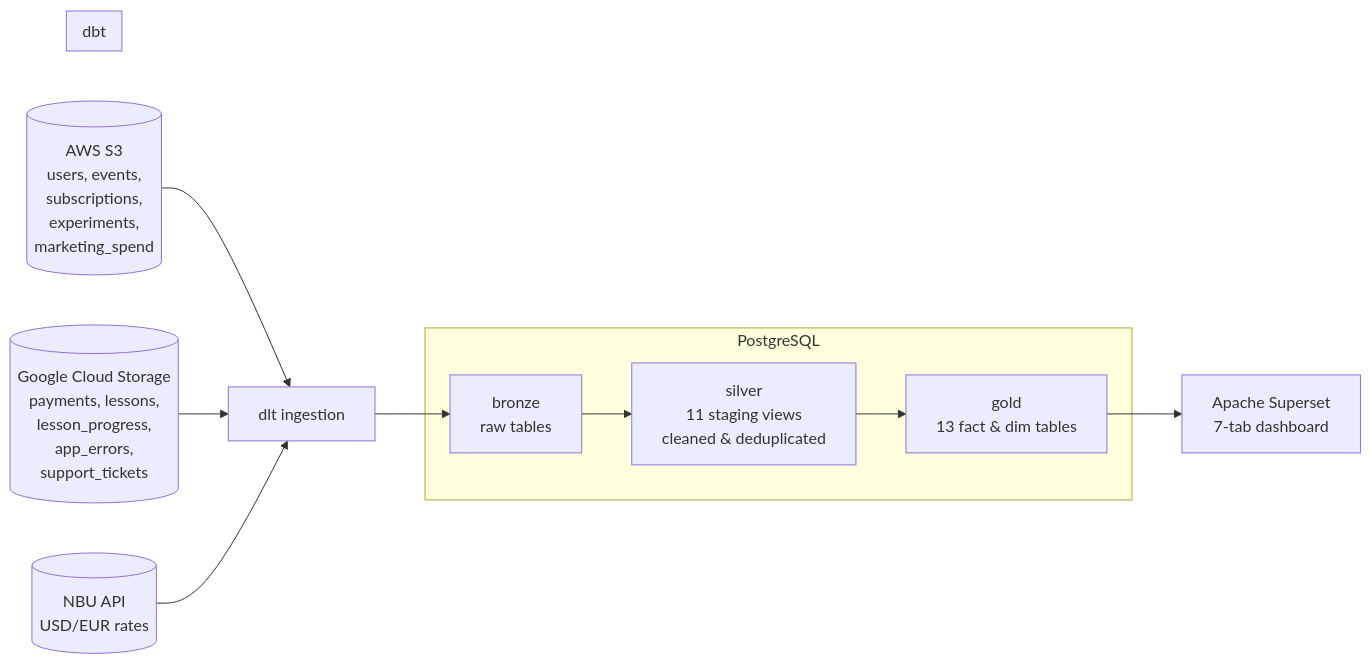
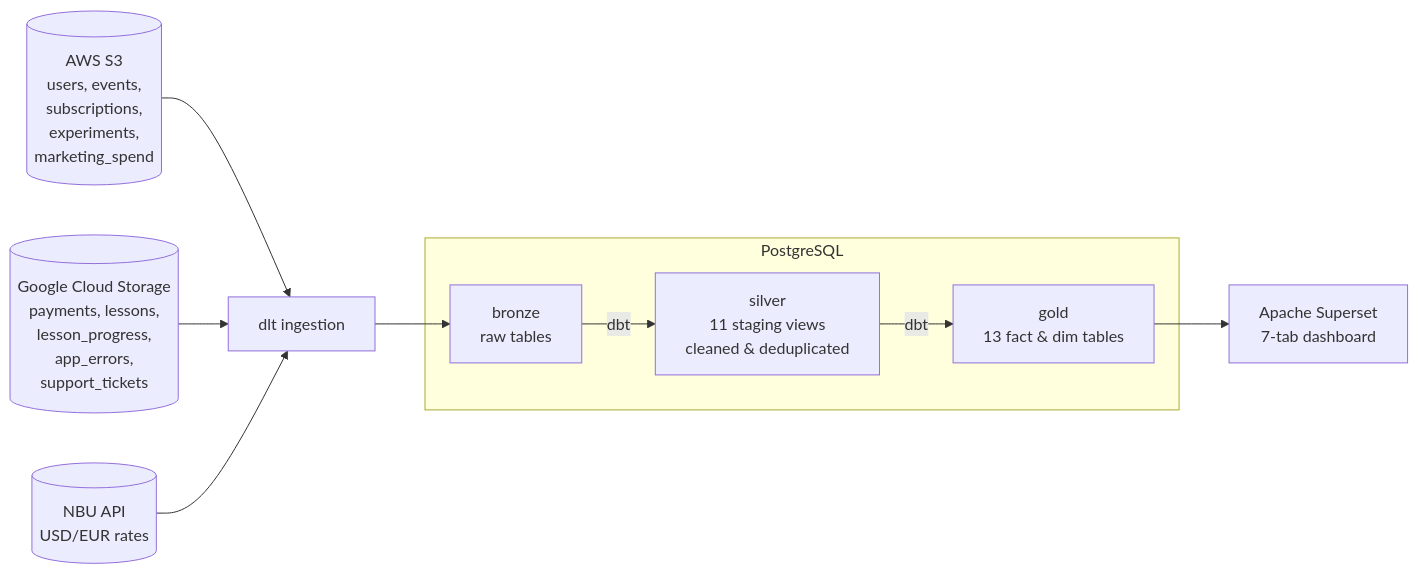
Before and after one commit to Daria-Baranova/skillflow-analytics-pipeline: the diagram in README.md, drawn with Mermaid.

Commit message:
docs: fix architecture diagram

````diff
--- a/README.md
+++ b/README.md
@@ -14,19 +14,16 @@
 ```mermaid
 flowchart LR
     S3[(AWS S3<br/>users, events,<br/>subscriptions,<br/>experiments,<br/>marketing_spend)] --> DLT
     GCS[(Google Cloud Storage<br/>payments, lessons,<br/>lesson_progress,<br/>app_errors,<br/>support_tickets)] --> DLT
     NBU[(NBU API<br/>USD/EUR rates)] --> DLT
     DLT[dlt ingestion] --> BRONZE[bronze<br/>raw tables]
-    BRONZE --> SILVER[silver<br/>11 staging views<br/>cleaned & deduplicated]
-    SILVER --> GOLD[gold<br/>13 fact & dim tables]
+    BRONZE -->|dbt| SILVER[silver<br/>11 staging views<br/>cleaned & deduplicated]
+    SILVER -->|dbt| GOLD[gold<br/>13 fact & dim tables]
     GOLD --> SS[Apache Superset<br/>7-tab dashboard]
     subgraph PostgreSQL
         BRONZE
         SILVER
         GOLD
     end
-    subgraph dbt
-        SILVER
-        GOLD
-    end
+    
 ```
````
